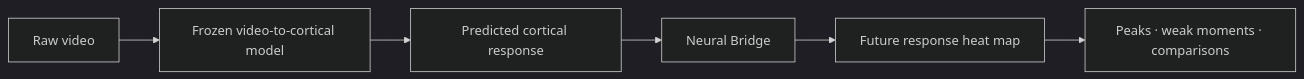
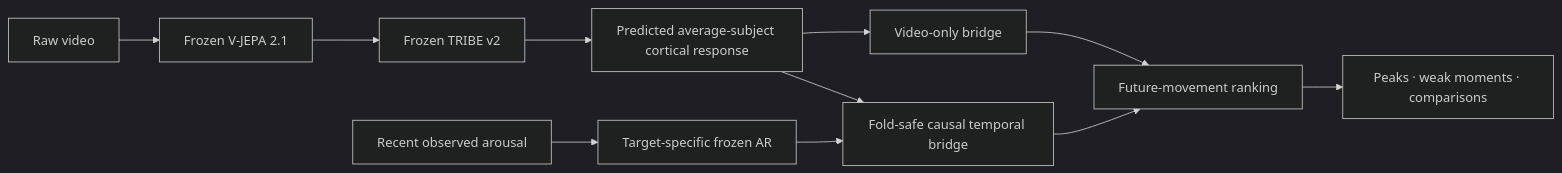
Before and after one commit to MaxSartini/neural-bridge: the diagram in README.md, drawn with Mermaid (dark theme). The commit also changed other lines of this file and 7 other files, not shown here.

````diff
--- a/README.md
+++ b/README.md
@@ -41,8 +78,13 @@
 ```mermaid
 flowchart LR
-    A["Raw video"] --> B["Frozen video-to-cortical model"]
-    B --> C["Predicted cortical response"]
-    C --> D["Neural Bridge"]
-    D --> E["Future response heat map"]
-    E --> F["Peaks · weak moments · comparisons"]
+    A["Raw video"] --> B["Frozen V-JEPA 2.1"]
+    B --> C["Frozen TRIBE v2"]
+    C --> D["Predicted average-subject cortical response"]
+    D --> E["Fold-safe causal temporal bridge"]
+    G["Recent observed arousal"] --> H["Target-specific frozen AR"]
+    H --> E
+    D --> I["Video-only bridge"]
+    E --> J["Future-movement ranking"]
+    I --> J
+    J --> K["Peaks · weak moments · comparisons"]
 ```
````
